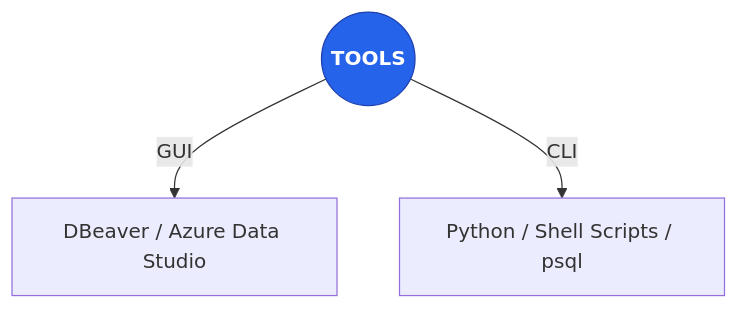
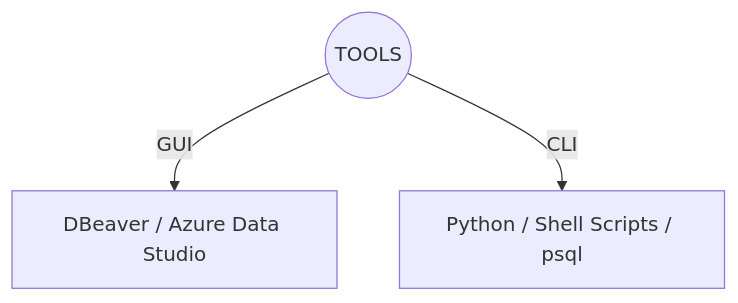
The fourth of 12 diagrams in README.md (rraulherediaa/PracticasEstructurasDatos), drawn with Mermaid before and after one commit. The commit also changed other lines of this file and 1 other file, not shown here.

Commit message:
fix: simplificar diagramas Mermaid al máximo para asegurar compatibilidad total

````diff
--- a/README.md
+++ b/README.md
@@ -56,9 +47,6 @@
 ```mermaid
 flowchart TD
     Tools(("TOOLS"))
     Tools -->|GUI| D["DBeaver / Azure Data Studio"]
     Tools -->|CLI| Py["Python / Shell Scripts / psql"]
-
-    classDef central fill:#2563eb,color:#fff,font-weight:bold,stroke:#1e40af
-    class Tools central
 ```
````
